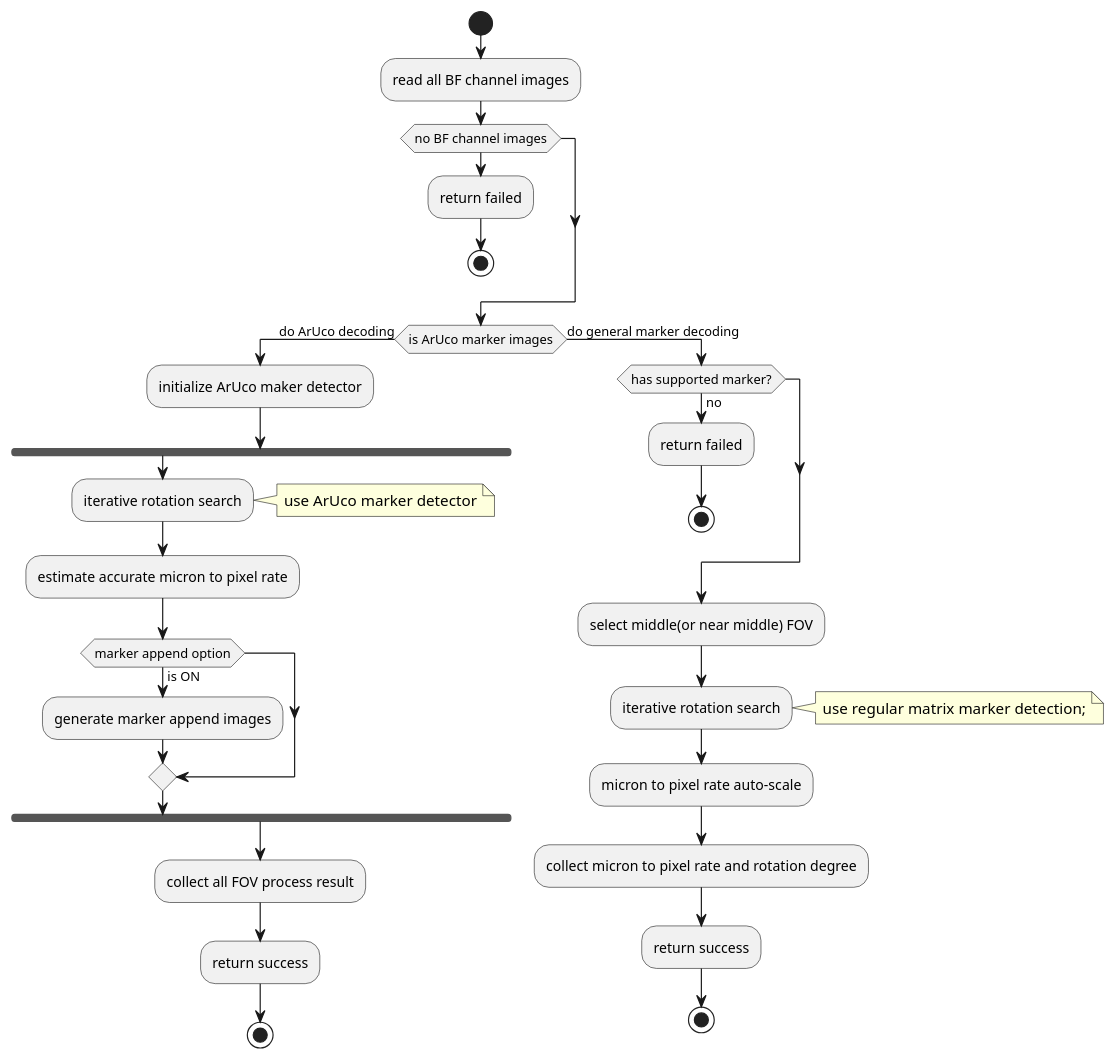
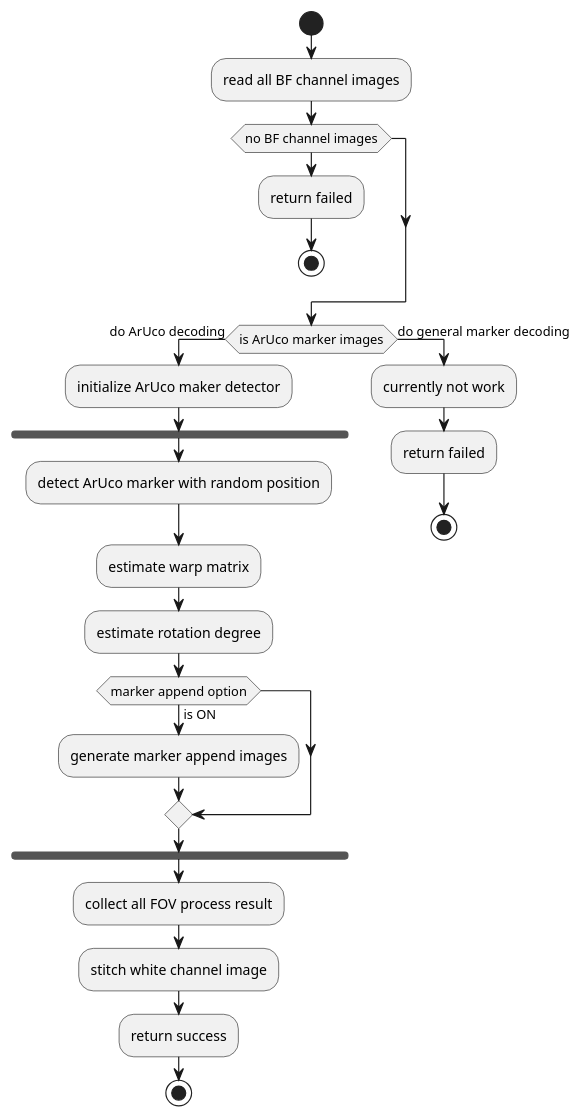
One commit to jeff665547/Project-Summit.Grid changed the second of 4 diagrams in doc/algorithm.md. Above: the diagram before and after it, drawn with PlantUML. The commit also changed other lines of this file, not shown here.

```diff
--- a/doc/algorithm.md
+++ b/doc/algorithm.md
@@ -75,40 +74,29 @@
 @startuml {bf-channel-image-process.png}
 
 start
 :read all BF channel images;
 if(no BF channel images) then
     :return failed;
     stop
 endif;
 if(is ArUco marker images) then(do ArUco decoding)
     :initialize ArUco maker detector;
     fork
-        :iterative rotation search;
-        note right
-            use ArUco marker detector
-        end note
-        :estimate accurate micron to pixel rate;
+        :detect ArUco marker with random position;
+        :estimate warp matrix;
+        :estimate rotation degree;
         if (marker append option) then (is ON)
             :generate marker append images;
         endif;
     end fork
     :collect all FOV process result;
+    :stitch white channel image;
     :return success;
     stop
 else (do general marker decoding)
-    if(has supported marker?) then (no)
-        :return failed;
-        stop
-    endif;
-    :select middle(or near middle) FOV;
-    :iterative rotation search;
-    note right
-        use regular matrix marker detection;
-    end note
-    :micron to pixel rate auto-scale;
-    :collect micron to pixel rate and rotation degree;
-    :return success;
+    :currently not work;
+    :return failed;
     stop
 endif;
 
 @enduml
```
